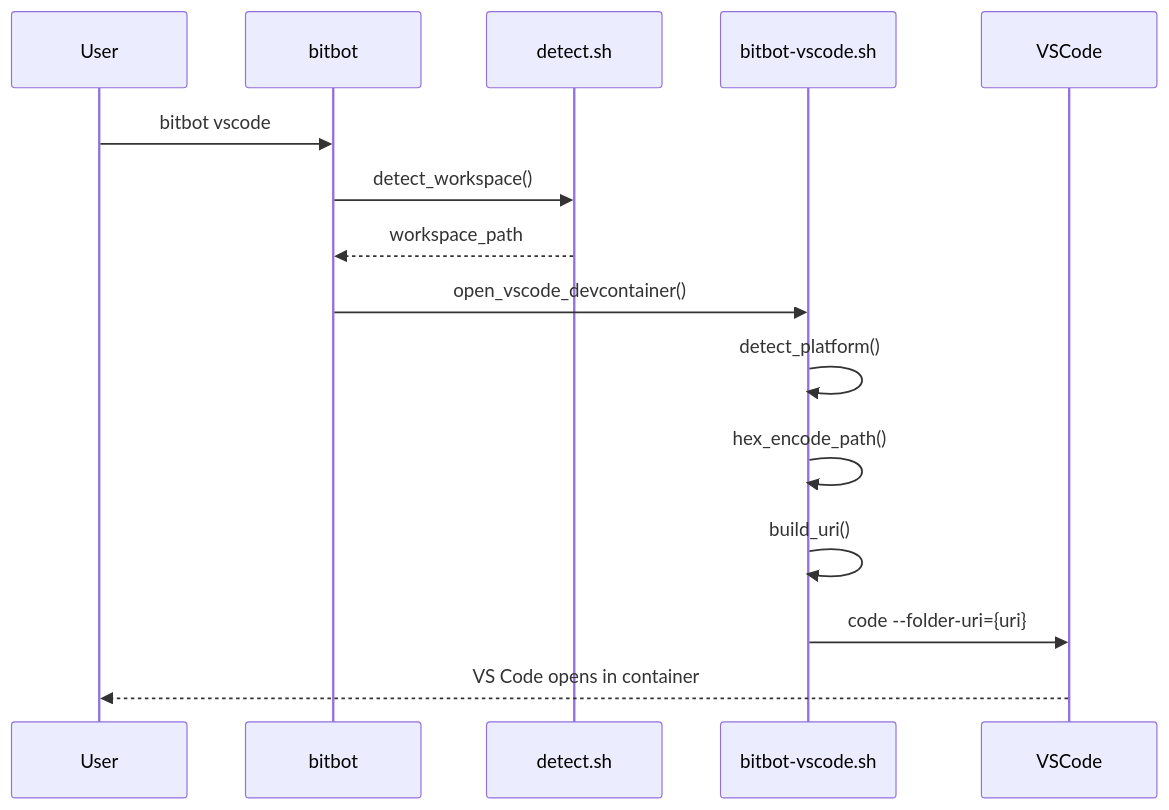
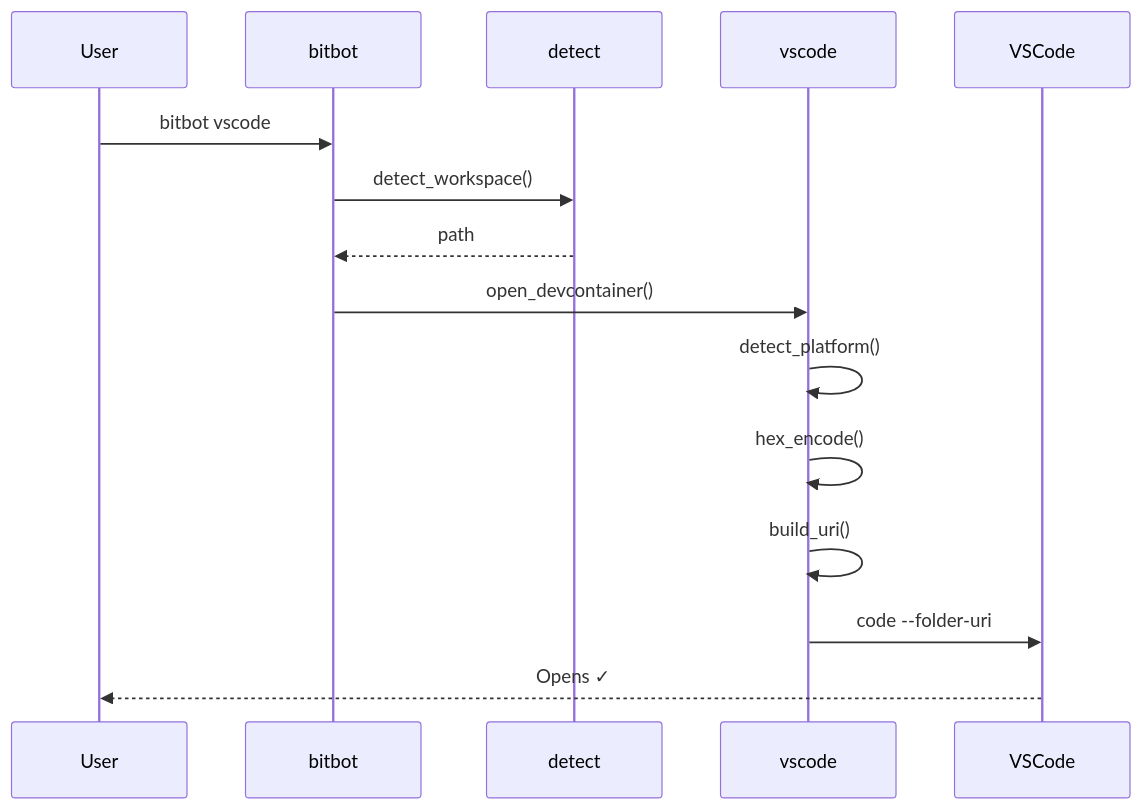
Before and after one commit to ManuelKugelmann/BitBot: the fourth of 6 diagrams in sparc/3-architecture/diagrams/06-component-interaction.md, drawn with Mermaid. The commit also changed other lines of this file and 5 other files, not shown here.

First line of the commit message:
Remove Docker from config mode in architecture diagrams

````diff
--- a/sparc/3-architecture/diagrams/06-component-interaction.md
+++ b/sparc/3-architecture/diagrams/06-component-interaction.md
@@ -363,18 +366,18 @@
 ```mermaid
 sequenceDiagram
     participant User
     participant bitbot
-    participant detect.sh
-    participant bitbot-vscode.sh
+    participant detect
+    participant vscode
     participant VSCode
 
     User->>bitbot: bitbot vscode
-    bitbot->>detect.sh: detect_workspace()
-    detect.sh-->>bitbot: workspace_path
-    bitbot->>bitbot-vscode.sh: open_vscode_devcontainer()
-    bitbot-vscode.sh->>bitbot-vscode.sh: detect_platform()
-    bitbot-vscode.sh->>bitbot-vscode.sh: hex_encode_path()
-    bitbot-vscode.sh->>bitbot-vscode.sh: build_uri()
-    bitbot-vscode.sh->>VSCode: code --folder-uri={uri}
-    VSCode-->>User: VS Code opens in container
+    bitbot->>detect: detect_workspace()
+    detect-->>bitbot: path
+    bitbot->>vscode: open_devcontainer()
+    vscode->>vscode: detect_platform()
+    vscode->>vscode: hex_encode()
+    vscode->>vscode: build_uri()
+    vscode->>VSCode: code --folder-uri
+    VSCode-->>User: Opens ✓
 ```
````
